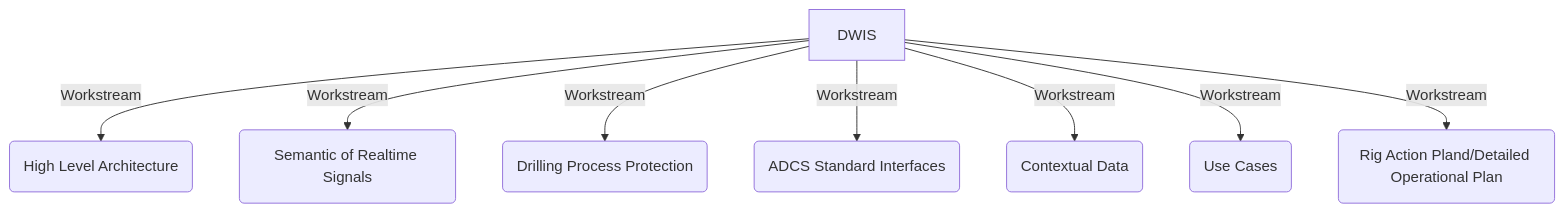
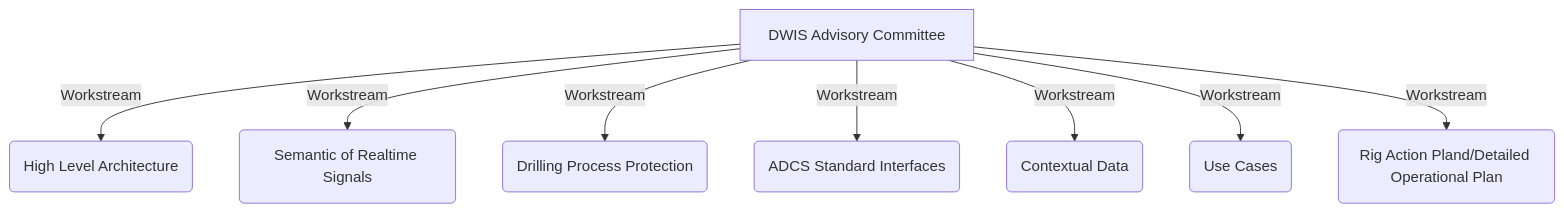
Before and after one commit to D-WIS/.github: the diagram in profile/README.md, drawn with Mermaid. The commit also changed other lines of this file, not shown here.

````diff
--- a/profile/README.md
+++ b/profile/README.md
@@ -7,10 +7,10 @@
 ```mermaid
 flowchart TD
-    A[DWIS] -->|Workstream| B(High Level Architecture)
+    A[DWIS Advisory Committee] -->|Workstream| B(High Level Architecture)
     A -->|Workstream| C(Semantic of Realtime Signals)
     A -->|Workstream| D(Drilling Process Protection)
     A -->|Workstream| E(ADCS Standard Interfaces)
     A -->|Workstream| F(Contextual Data)
     A -->|Workstream| G(Use Cases)
     A -->|Workstream| I(Rig Action Pland/Detailed Operational Plan)
 ```
````
